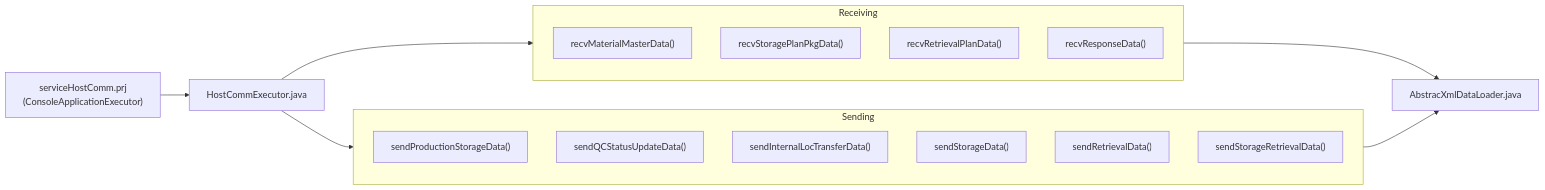
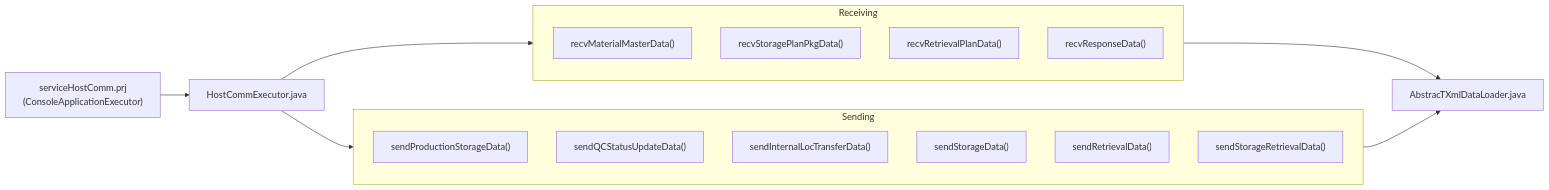
One commit to luthfiadityaa/SimeDarby-Wiki changed the diagram in Basic-Design/Host-Interfaces.md. Above: the diagram before and after it, drawn with Mermaid.

Commit message:
Updated Host Interfaces

```diff
--- a/Basic-Design/Host-Interfaces.md
+++ b/Basic-Design/Host-Interfaces.md
@@ -32,26 +32,26 @@
 ::: mermaid
 flowchart LR
  C1["serviceHostComm.prj<br>(ConsoleApplicationExecutor)"]  
  C2["HostCommExecutor.java"]
- C13["AbstracXmlDataLoader.java"]
+ C13["AbstracTXmlDataLoader.java"]
  C1 --> C2
  C2 --> Receiving --> C13
  C2 --> Sending --> C13
 
 
 subgraph Receiving
  C3["recvMaterialMasterData()"]
  C4["recvStoragePlanPkgData()"]
  C5["recvRetrievalPlanData()"]
  C6["recvResponseData()"]
 end
 
 subgraph Sending
  C7["sendProductionStorageData()"]
  C8["sendQCStatusUpdateData()"]
  C9["sendInternalLocTransferData()"]
  C10["sendStorageData()"]
  C11["sendRetrievalData()"]
  C12["sendStorageRetrievalData()"]
 end
 :::
```
